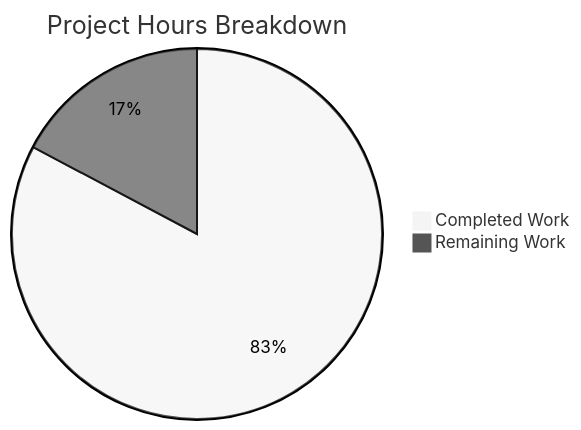
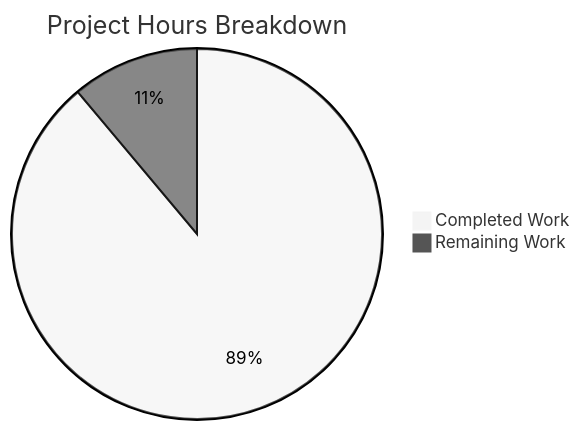
Before and after one commit to lakshya-blitzy/hello_world_lakshya_github: the diagram in blitzy/documentation/Project Guide.md, drawn with Mermaid (neutral theme). The commit also changed other lines of this file, not shown here.

Commit message:
Adding Blitzy Project Guide: Project Status and Human Tasks Remaining

````diff
--- a/blitzy/documentation/Project Guide.md
+++ b/blitzy/documentation/Project Guide.md
@@ -94,5 +102,5 @@
 ```mermaid
 pie title Project Hours Breakdown
-    "Completed Work" : 12
-    "Remaining Work" : 2.5
+    "Completed Work" : 10
+    "Remaining Work" : 1.25
 ```
````
